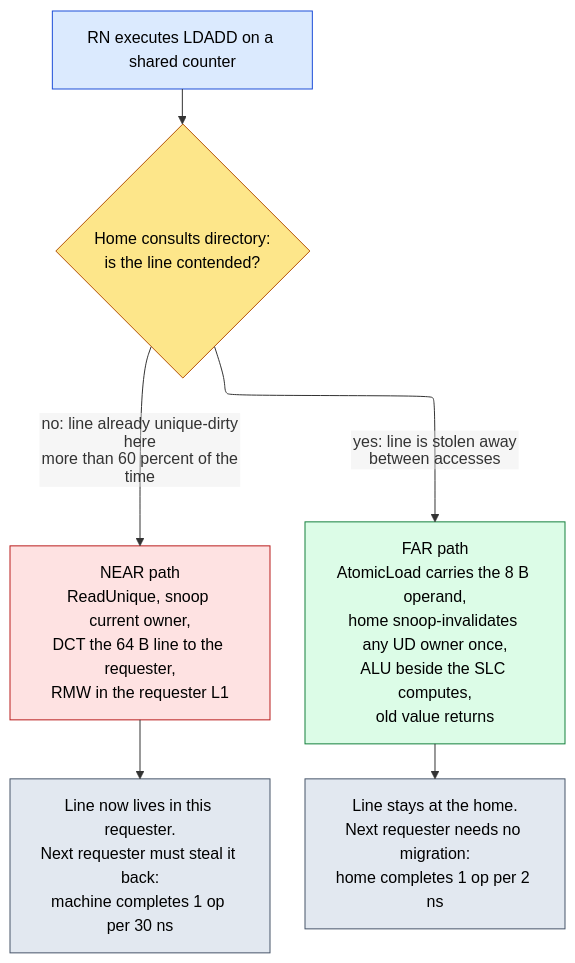
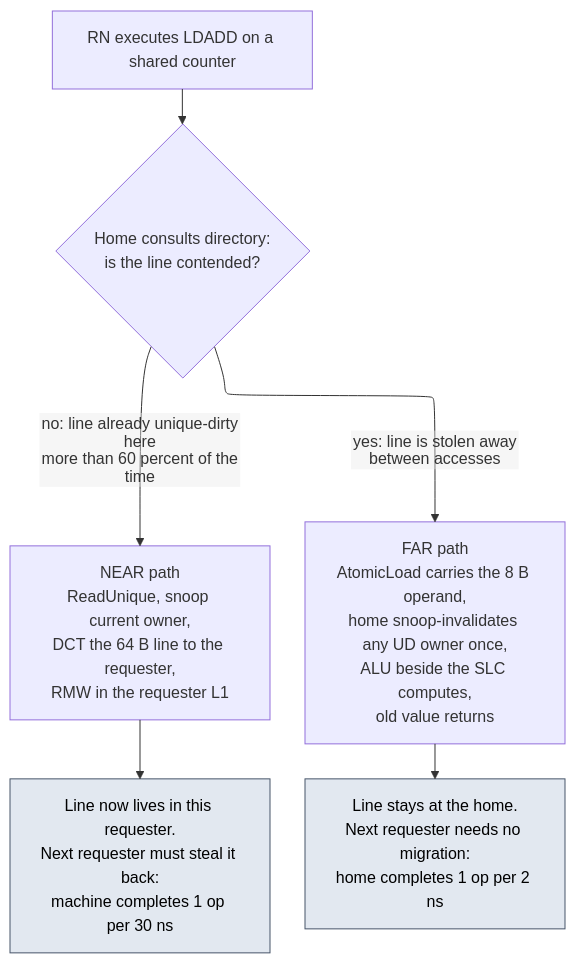
Before and after one commit to Wty2003328/silicon-design-notebook: diagram 19 of 20 in 01_Architecture_and_PPA/01_CPU_Architecture/06_Coherence_and_Consistency/03_ACE_and_CHI.md, drawn with Mermaid. The commit also changed other lines of this file and 125 other files, not shown here.

First line of the commit message:
Complete the AMBA family, refresh the learning path, and make every figure and formula actually render

````diff
--- a/01_Architecture_and_PPA/01_CPU_Architecture/06_Coherence_and_Consistency/03_ACE_and_CHI.md
+++ b/01_Architecture_and_PPA/01_CPU_Architecture/06_Coherence_and_Consistency/03_ACE_and_CHI.md
@@ -1785,20 +1772,16 @@
 ```mermaid
 %%{init: {"flowchart": {"defaultRenderer": "elk", "nodeSpacing": 45, "rankSpacing": 50, "htmlLabels": false}}}%%
 flowchart TB
-    START["RN executes LDADD on a shared counter"]:::rn
-    Q{"Home consults directory:<br/>is the line contended?"}:::hn
-    NEAR["NEAR path<br/>ReadUnique, snoop current owner,<br/>DCT the 64 B line to the requester,<br/>RMW in the requester L1"]:::near
-    FAR["FAR path<br/>AtomicLoad carries the 8 B operand,<br/>home snoop-invalidates any UD owner once,<br/>ALU beside the SLC computes,<br/>old value returns"]:::far
+    START["RN executes LDADD on a shared counter"]
+    Q{"Home consults directory:<br/>is the line contended?"}
+    NEAR["NEAR path<br/>ReadUnique, snoop current owner,<br/>DCT the 64 B line to the requester,<br/>RMW in the requester L1"]
+    FAR["FAR path<br/>AtomicLoad carries the 8 B operand,<br/>home snoop-invalidates any UD owner once,<br/>ALU beside the SLC computes,<br/>old value returns"]
     N1["Line now lives in this requester.<br/>Next requester must steal it back:<br/>machine completes 1 op per 30 ns"]:::cost
     F1["Line stays at the home.<br/>Next requester needs no migration:<br/>home completes 1 op per 2 ns"]:::cost
     START --> Q
     Q -->|"no: line already unique-dirty here<br/>more than 60 percent of the time"| NEAR
     Q -->|"yes: line is stolen away between accesses"| FAR
     NEAR --> N1
     FAR --> F1
-    classDef rn fill:#dbeafe,stroke:#1d4ed8,color:#000
-    classDef hn fill:#fde68a,stroke:#b45309,color:#000
-    classDef near fill:#fee2e2,stroke:#b91c1c,color:#000
-    classDef far fill:#dcfce7,stroke:#15803d,color:#000
     classDef cost fill:#e2e8f0,stroke:#475569,color:#000
 ```
````
